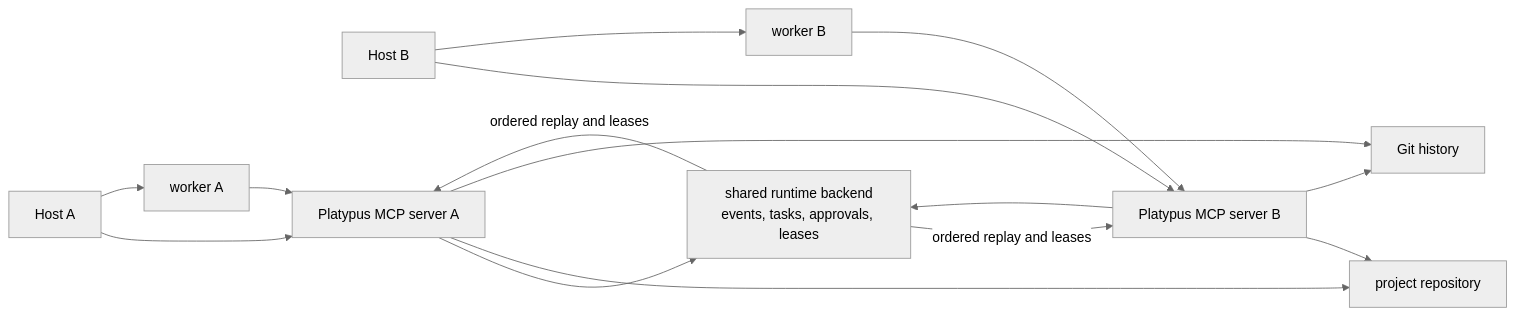
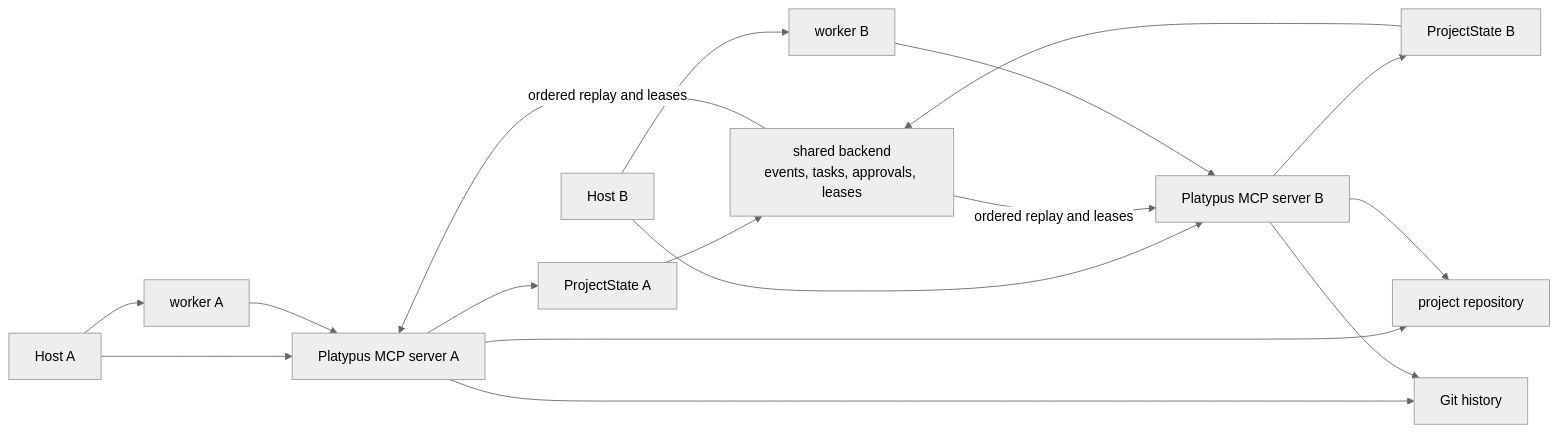
The seventh of 12 diagrams in docs/diagrams.md (junousia/platypus-mcp), drawn with Mermaid (neutral theme) before and after one commit. The commit also changed other lines of this file and 3 other files, not shown here.

````diff
--- a/docs/diagrams.md
+++ b/docs/diagrams.md
@@ -196,27 +199,31 @@
 ```mermaid
 flowchart LR
     hostA["Host A"]
     hostB["Host B"]
     serverA["Platypus MCP server A"]
     serverB["Platypus MCP server B"]
-    shared["shared runtime backend<br/>events, tasks, approvals, leases"]
+    stateA["ProjectState A"]
+    stateB["ProjectState B"]
+    shared["shared backend<br/>events, tasks, approvals, leases"]
     repo["project repository"]
     git["Git history"]
     workerA["worker A"]
     workerB["worker B"]
 
     hostA --> serverA
     hostB --> serverB
-    serverA --> shared
-    serverB --> shared
+    serverA --> stateA
+    serverB --> stateB
+    stateA --> shared
+    stateB --> shared
     shared -->|ordered replay and leases| serverA
     shared -->|ordered replay and leases| serverB
     serverA --> repo
     serverB --> repo
     serverA --> git
     serverB --> git
     hostA --> workerA
     hostB --> workerB
     workerA --> serverA
     workerB --> serverB
 ```
````
